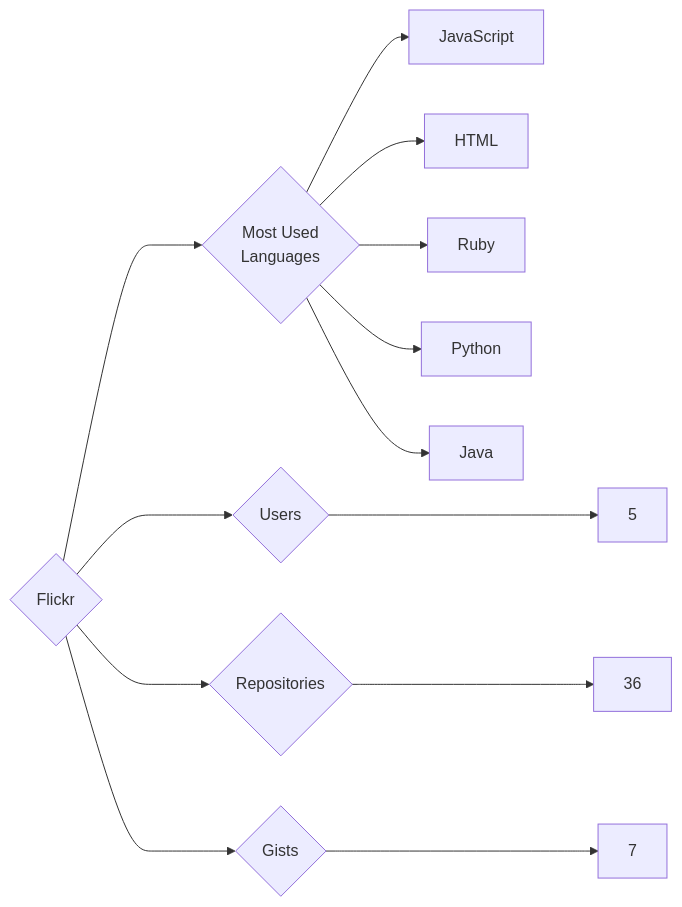
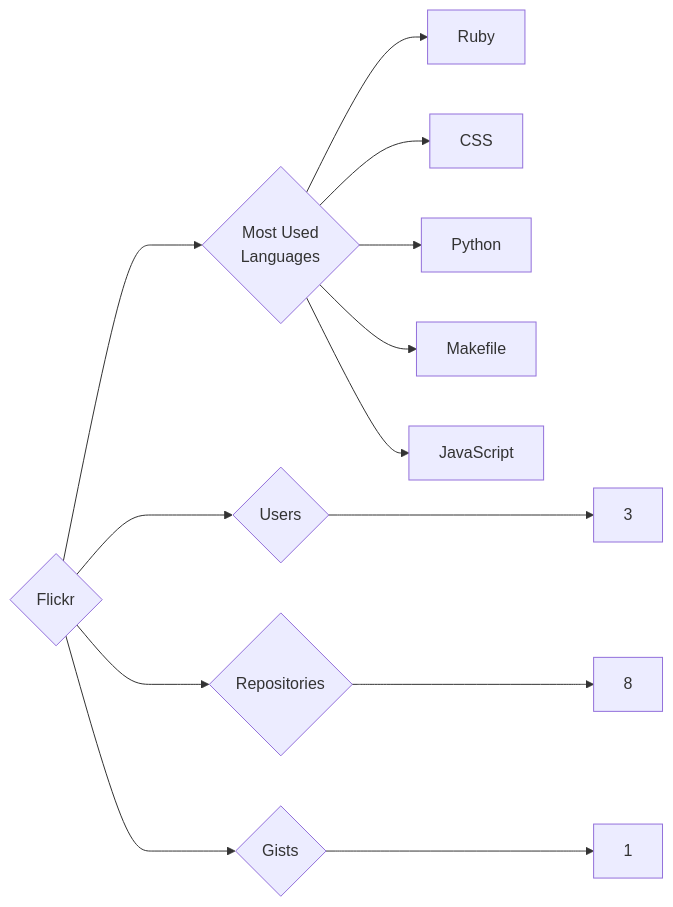
One commit to trickest/insiders changed the diagram in targets/Flickr/README.md. Above: the diagram before and after it, drawn with Mermaid. The commit also changed 1123 other files, not shown here.

````diff
--- a/targets/Flickr/README.md
+++ b/targets/Flickr/README.md
@@ -3,13 +3,13 @@
 ```mermaid
 graph LR
 COMPANY_NAME{Flickr}
-COMPANY_NAME ---> U{Users} ---> UN[5]
-COMPANY_NAME ---> R{Repositories} ---> RN[36]
-COMPANY_NAME ---> G{Gists} ---> GN[7]
+COMPANY_NAME ---> U{Users} ---> UN[3]
+COMPANY_NAME ---> R{Repositories} ---> RN[8]
+COMPANY_NAME ---> G{Gists} ---> GN[1]
 COMPANY_NAME ---> ML{Most Used<br>Languages}
+ML --> Ruby[Ruby]
+ML --> CSS[CSS]
+ML --> Python[Python]
+ML --> Makefile[Makefile]
 ML --> JavaScript[JavaScript]
-ML --> HTML[HTML]
-ML --> Ruby[Ruby]
-ML --> Python[Python]
-ML --> Java[Java]
 ```
````
